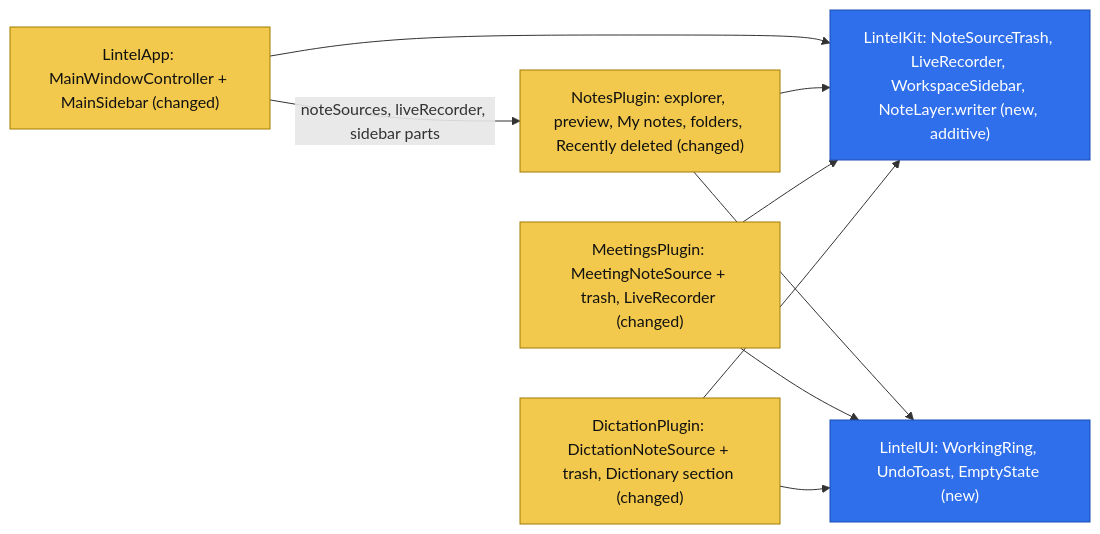
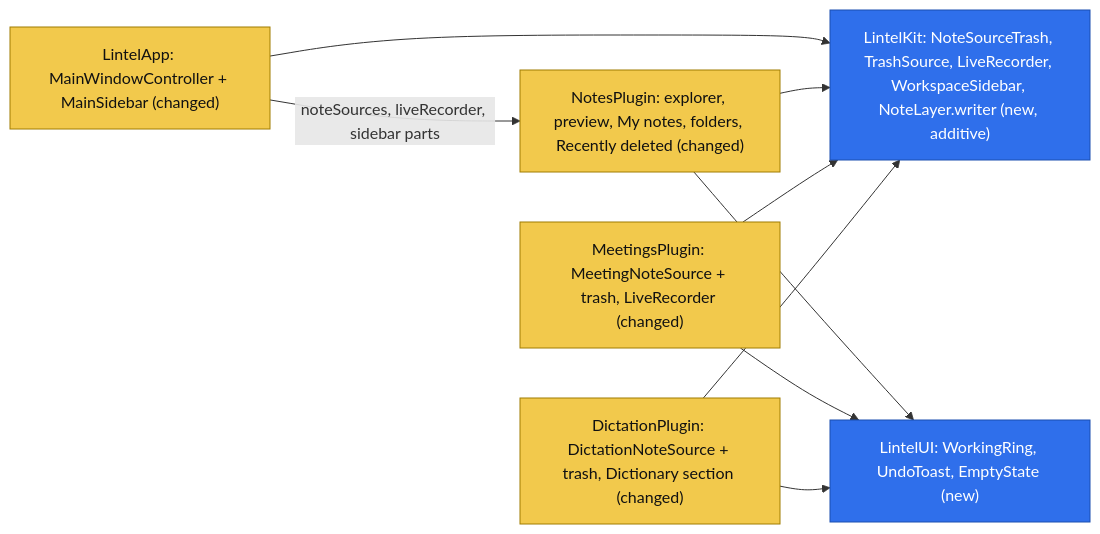
One commit to mjozefiak/lintel changed the first of 2 diagrams in .ai/specs/2026-11-24-notes-explorer-main-window.md. Above: the diagram before and after it, drawn with Mermaid. The commit also changed other lines of this file, not shown here.

First line of the commit message:
docs(specs): apply owner decisions on Recently Deleted and own the shared trash contract

````diff
--- a/.ai/specs/2026-11-24-notes-explorer-main-window.md
+++ b/.ai/specs/2026-11-24-notes-explorer-main-window.md
@@ -66,20 +67,20 @@
 ```mermaid
 flowchart LR
     classDef new fill:#2f6feb,color:#fff,stroke:#1b4fb0
     classDef changed fill:#f2c94c,color:#111,stroke:#a07c00
     classDef existing fill:#e5e7eb,color:#111,stroke:#9ca3af
     shell["LintelApp: MainWindowController + MainSidebar (changed)"]:::changed
-    kit["LintelKit: NoteSourceTrash, LiveRecorder, WorkspaceSidebar, NoteLayer.writer (new, additive)"]:::new
+    kit["LintelKit: NoteSourceTrash, TrashSource, LiveRecorder, WorkspaceSidebar, NoteLayer.writer (new, additive)"]:::new
     ui["LintelUI: WorkingRing, UndoToast, EmptyState (new)"]:::new
     notes["NotesPlugin: explorer, preview, My notes, folders, Recently deleted (changed)"]:::changed
     meet["MeetingsPlugin: MeetingNoteSource + trash, LiveRecorder (changed)"]:::changed
     dict["DictationPlugin: DictationNoteSource + trash, Dictionary section (changed)"]:::changed
     shell --> kit
     notes --> kit
     meet --> kit
     dict --> kit
     notes --> ui
     meet --> ui
     dict --> ui
     shell -->|"noteSources, liveRecorder, sidebar parts"| notes
 ```
````
